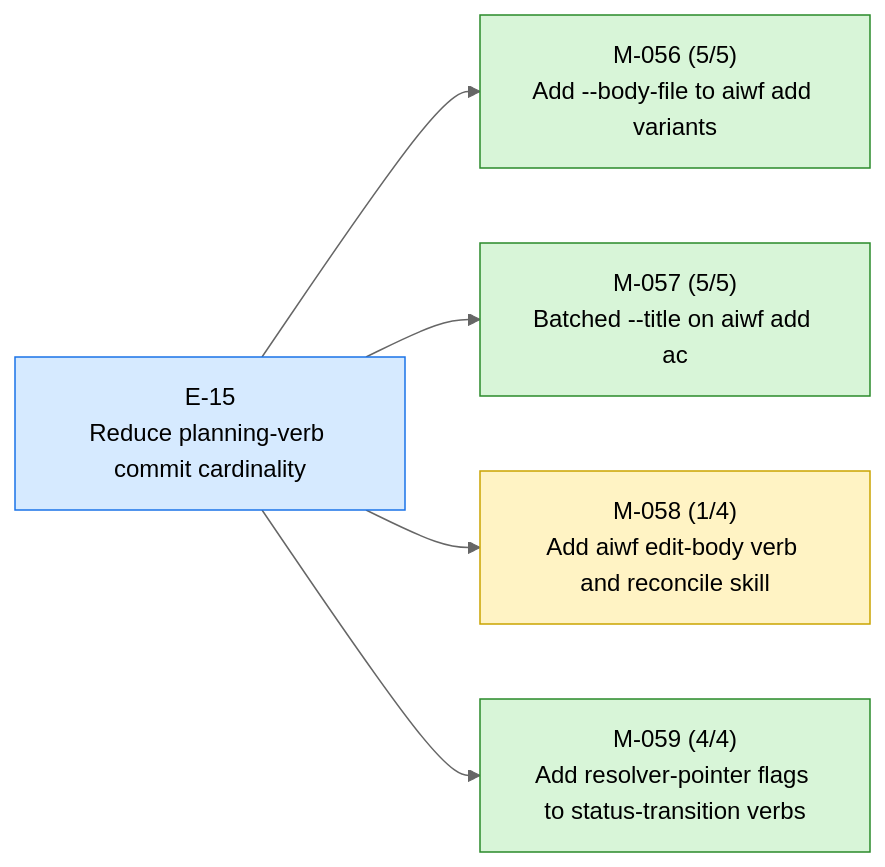
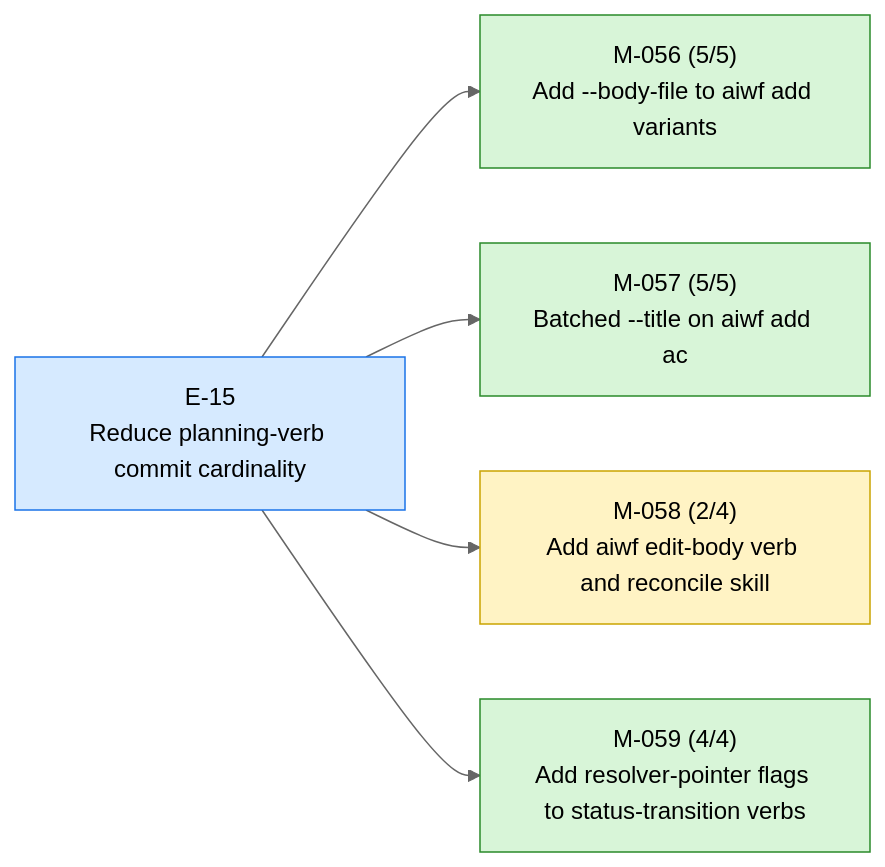
Before and after one commit to 23min/aiwf: the first of 3 diagrams in STATUS.md, drawn with Mermaid (neutral theme). The commit also changed other lines of this file and 1 other file, not shown here.

First line of the commit message:
aiwf promote M-058/AC-2 open -> met

````diff
--- a/STATUS.md
+++ b/STATUS.md
@@ -14,18 +14,18 @@
 ```mermaid
 flowchart LR
   E_15["E-15<br/>Reduce planning-verb commit cardinality"]:::epic_active
   M_056["M-056 (5/5)<br/>Add --body-file to aiwf add variants"]:::ms_done
   E_15 --> M_056
   M_057["M-057 (5/5)<br/>Batched --title on aiwf add ac"]:::ms_done
   E_15 --> M_057
-  M_058["M-058 (1/4)<br/>Add aiwf edit-body verb and reconcile skill"]:::ms_in_progress
+  M_058["M-058 (2/4)<br/>Add aiwf edit-body verb and reconcile skill"]:::ms_in_progress
   E_15 --> M_058
   M_059["M-059 (4/4)<br/>Add resolver-pointer flags to status-transition verbs"]:::ms_done
   E_15 --> M_059
   classDef epic_active fill:#d6eaff,stroke:#1a73e8,color:#000
   classDef epic_proposed fill:#f4f4f4,stroke:#888,color:#000
   classDef ms_done fill:#d8f5d8,stroke:#2a8a2a,color:#000
   classDef ms_in_progress fill:#fff3c4,stroke:#caa400,color:#000
   classDef ms_draft fill:#f4f4f4,stroke:#888,color:#000
   classDef ms_cancelled fill:#fbeaea,stroke:#c33,color:#000
 ```
````
